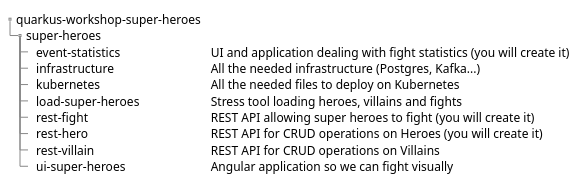
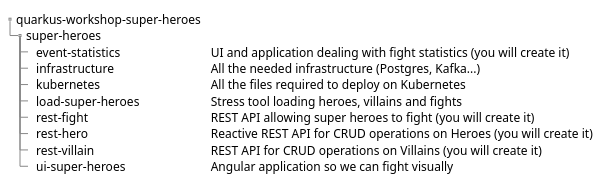
The second of 4 diagrams in quarkus-workshop-super-heroes/docs/src/main/asciidoc/0-introduction/introduction-preparing.adoc (quarkusio/quarkus-workshops), drawn with PlantUML before and after one commit. The commit also changed other lines of this file and 15 other files, not shown here.

```diff
--- a/quarkus-workshop-super-heroes/docs/src/main/asciidoc/0-introduction/introduction-preparing.adoc
+++ b/quarkus-workshop-super-heroes/docs/src/main/asciidoc/0-introduction/introduction-preparing.adoc
@@ -36,20 +36,20 @@
 [plantuml]
 ----
 @startsalt
 {
 {
 T
 quarkus-workshop-super-heroes
 + super-heroes
 ++ event-statistics        | UI and application dealing with fight statistics (you will create it)
 ++ infrastructure          | All the needed infrastructure (Postgres, Kafka...)
-++ kubernetes              | All the needed files to deploy on Kubernetes
+++ kubernetes              | All the files required to deploy on Kubernetes
 ++ load-super-heroes       | Stress tool loading heroes, villains and fights
 ++ rest-fight              | REST API allowing super heroes to fight (you will create it)
-++ rest-hero               | REST API for CRUD operations on Heroes (you will create it)
-++ rest-villain            | REST API for CRUD operations on Villains
+++ rest-hero               | Reactive REST API for CRUD operations on Heroes (you will create it)
+++ rest-villain            | REST API for CRUD operations on Villains (you will create it)
 ++ ui-super-heroes         | Angular application so we can fight visually
 }
 }
 @endsalt
 ----
```
